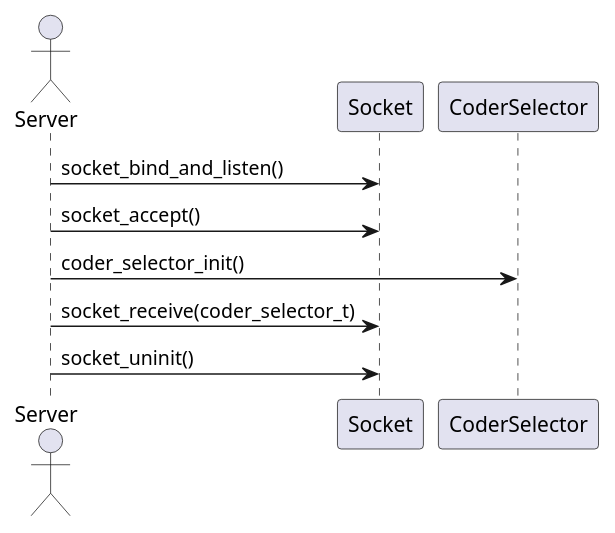
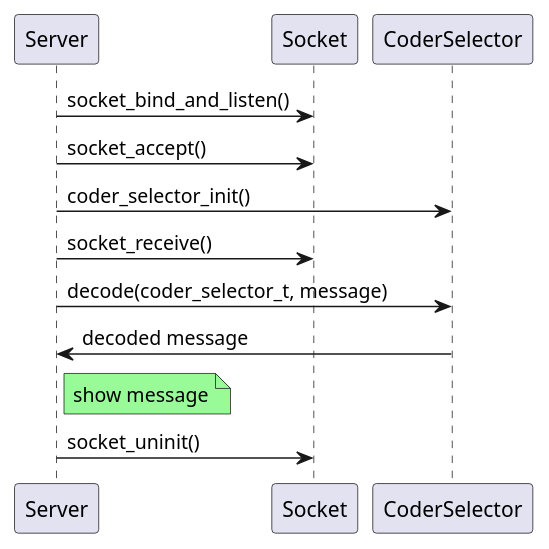
Before and after one commit to azulzaietz/TP1-Taller_de_programacion-Cryptosockets: the first of 2 diagrams in README.md, drawn with PlantUML. The commit also changed other lines of this file, not shown here.

Commit message:
informe y diagramas secuencia

````diff
--- a/README.md
+++ b/README.md
@@ -5,11 +38,13 @@
 ```plantuml
 @startuml
-    actor Server
     Server -> Socket : socket_bind_and_listen()
     Server -> Socket : socket_accept()
     Server -> CoderSelector : coder_selector_init()
-    Server -> Socket : socket_receive(coder_selector_t)
+    Server -> Socket : socket_receive()
+    Server -> CoderSelector : decode(coder_selector_t, message)
+    CoderSelector -> Server : decoded message
+    note right Server #palegreen: show message
     Server -> Socket : socket_uninit()
     
 @enduml
 ```
````
